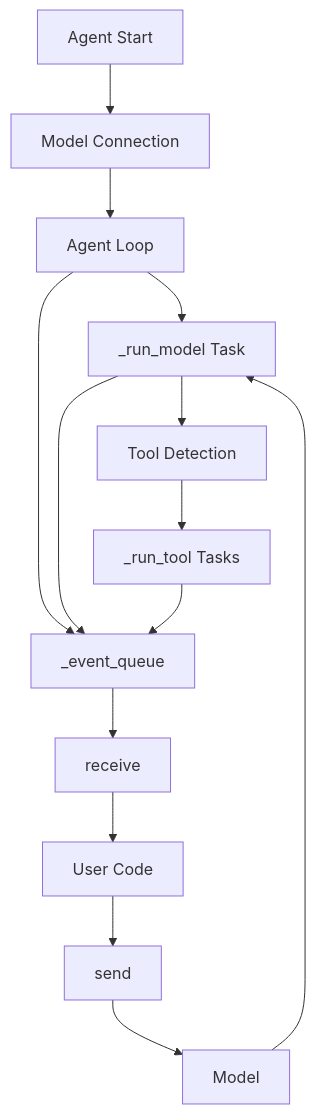
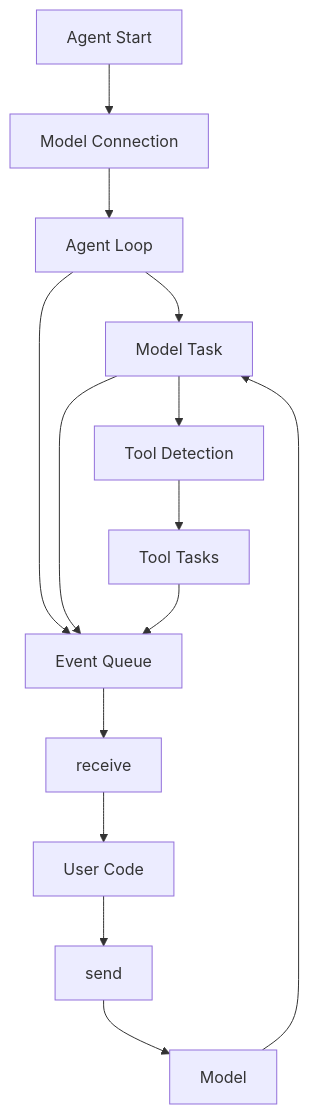
The second of 4 diagrams in docs/user-guide/concepts/experimental/bidirectional-streaming/agent.md (mehtarac/docs), drawn with Mermaid before and after one commit. The commit also changed other lines of this file and 1 other file, not shown here.

````diff
--- a/docs/user-guide/concepts/experimental/bidirectional-streaming/agent.md
+++ b/docs/user-guide/concepts/experimental/bidirectional-streaming/agent.md
@@ -111,16 +111,16 @@
 ```mermaid
 flowchart TB
     A[Agent Start] --> B[Model Connection]
     B --> C[Agent Loop]
-    C --> D[_run_model Task]
-    C --> E[_event_queue]
+    C --> D[Model Task]
+    C --> E[Event Queue]
     D --> E
     E --> F[receive]
     D --> G[Tool Detection]
-    G --> H[_run_tool Tasks]
+    G --> H[Tool Tasks]
     H --> E
     F --> I[User Code]
     I --> J[send]
     J --> K[Model]
     K --> D
 ```
````
